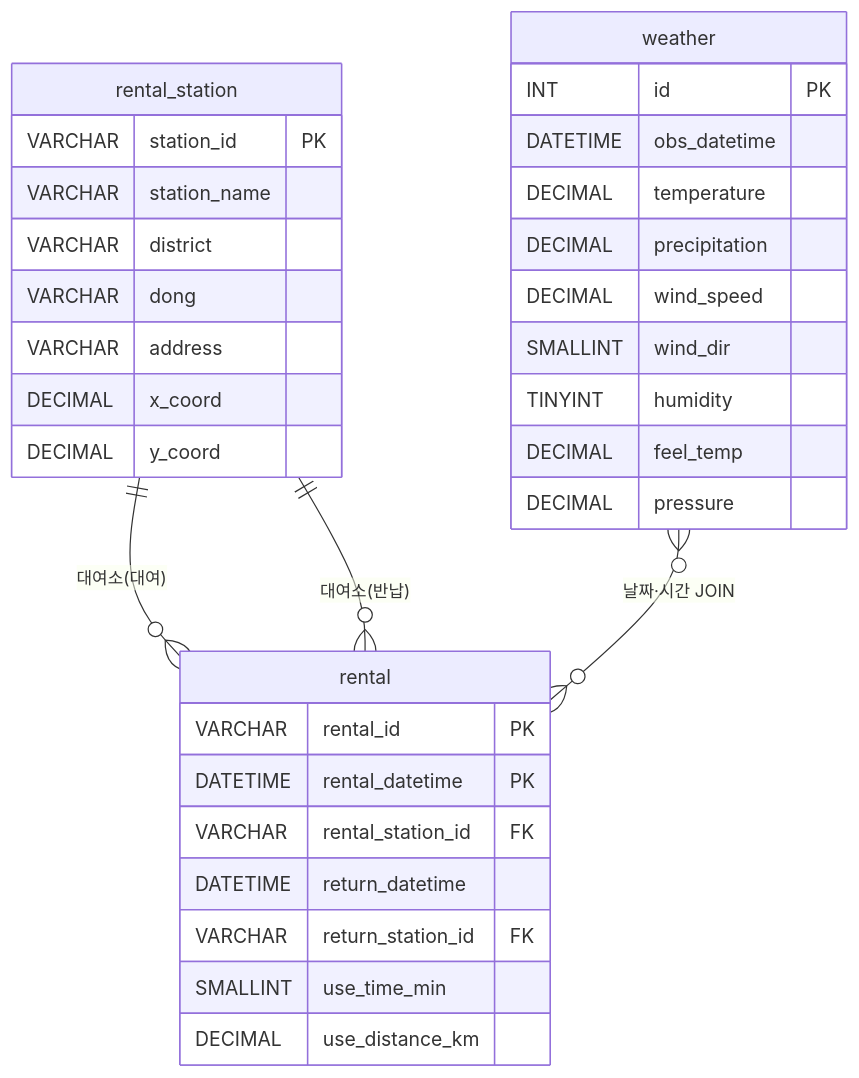
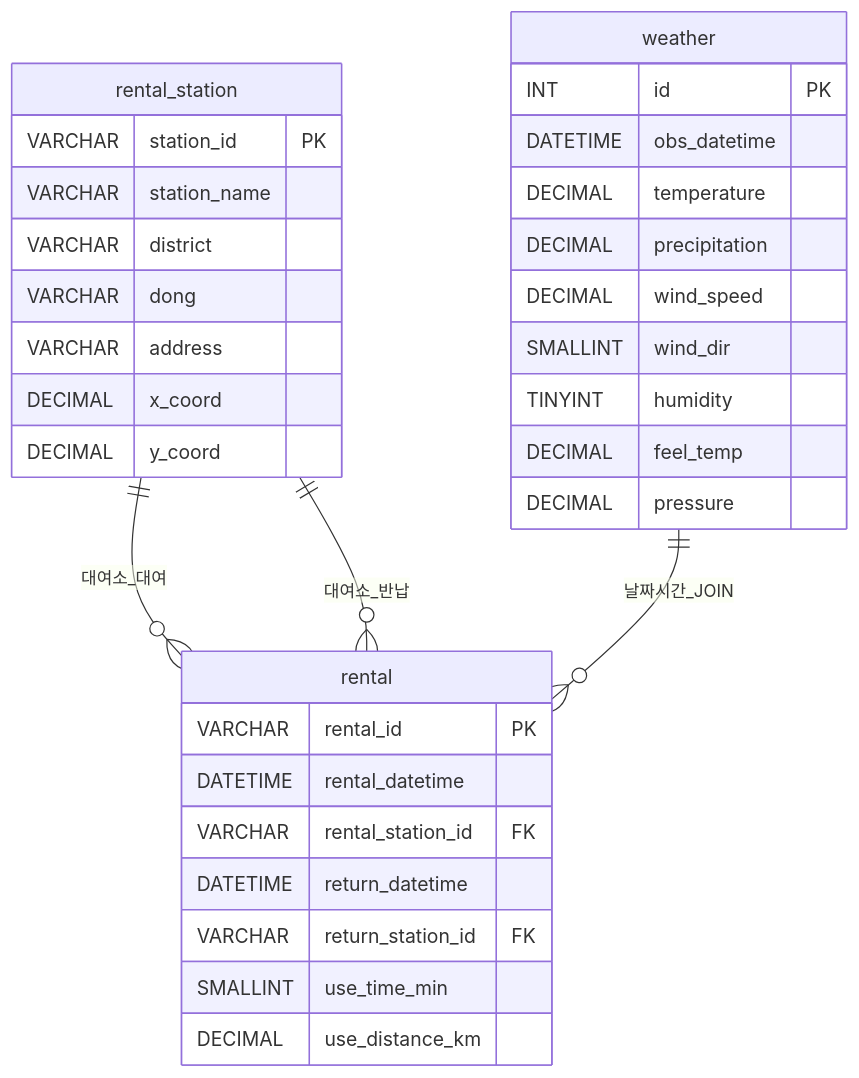
Before and after one commit to kusuri12-09/bigdata-perform: the diagram in 01-타슈 날씨 분석 보고서.md, drawn with Mermaid. The commit also changed other lines of this file and 1 other file, not shown here.

Commit message:
mermaid 에러

````diff
--- a/01-타슈 날씨 분석 보고서.md
+++ b/01-타슈 날씨 분석 보고서.md
@@ -93,38 +92,35 @@
 ```mermaid
 erDiagram
     rental_station {
         VARCHAR station_id PK
         VARCHAR station_name
         VARCHAR district
         VARCHAR dong
         VARCHAR address
         DECIMAL x_coord
         DECIMAL y_coord
     }
-
     weather {
         INT id PK
         DATETIME obs_datetime
         DECIMAL temperature
         DECIMAL precipitation
         DECIMAL wind_speed
         SMALLINT wind_dir
         TINYINT humidity
         DECIMAL feel_temp
         DECIMAL pressure
     }
-
     rental {
         VARCHAR rental_id PK
-        DATETIME rental_datetime PK
+        DATETIME rental_datetime
         VARCHAR rental_station_id FK
         DATETIME return_datetime
         VARCHAR return_station_id FK
         SMALLINT use_time_min
         DECIMAL use_distance_km
     }
-
-    rental_station ||--o{ rental : "대여소(대여)"
-    rental_station ||--o{ rental : "대여소(반납)"
-    weather }o--o{ rental : "날짜·시간 JOIN"
+    rental_station ||--o{ rental : "대여소_대여"
+    rental_station ||--o{ rental : "대여소_반납"
+    weather ||--o{ rental : "날짜시간_JOIN"
 ```
````
